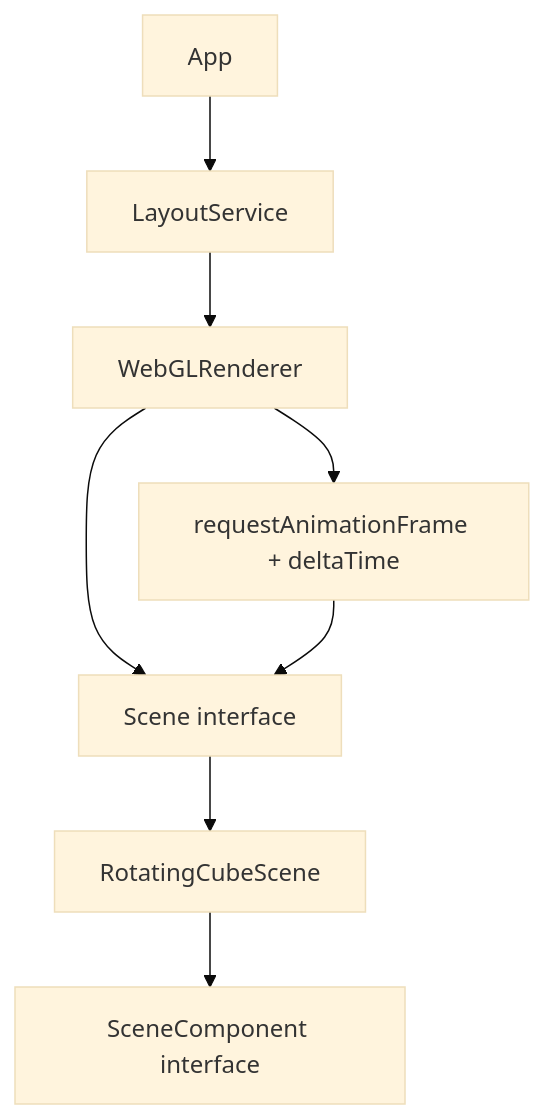
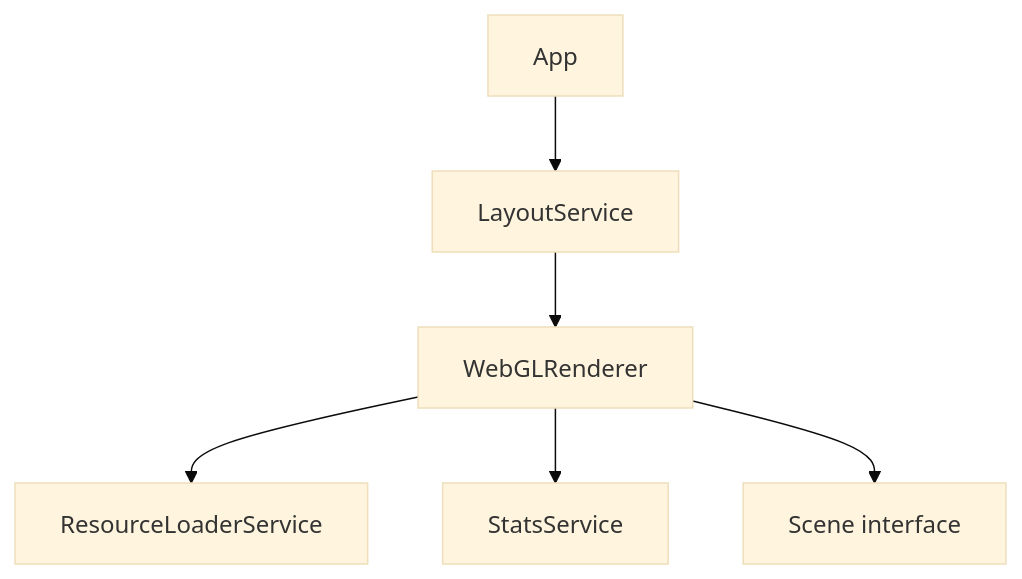
The diagram in docs/client-arch.md (kannbaker/rpthree), drawn with Mermaid (base theme) before and after one commit. The commit also changed 6 other files, not shown here.

````diff
--- a/docs/client-arch.md
+++ b/docs/client-arch.md
@@ -3,10 +3,8 @@
 ```mermaid
 flowchart TD
     App["App"] --> LayoutService["LayoutService"]
     LayoutService --> WebGLRenderer["WebGLRenderer"]
+    WebGLRenderer --> ResourceLoaderService["ResourceLoaderService"]
+    WebGLRenderer --> StatsService["StatsService"]
     WebGLRenderer --> Scene["Scene interface"]
-    WebGLRenderer --> TickLoop["requestAnimationFrame + deltaTime"]
-    TickLoop --> Scene
-    Scene --> RotatingCubeScene["RotatingCubeScene"]
-    RotatingCubeScene --> SceneComponent["SceneComponent interface"]
 ```
````
